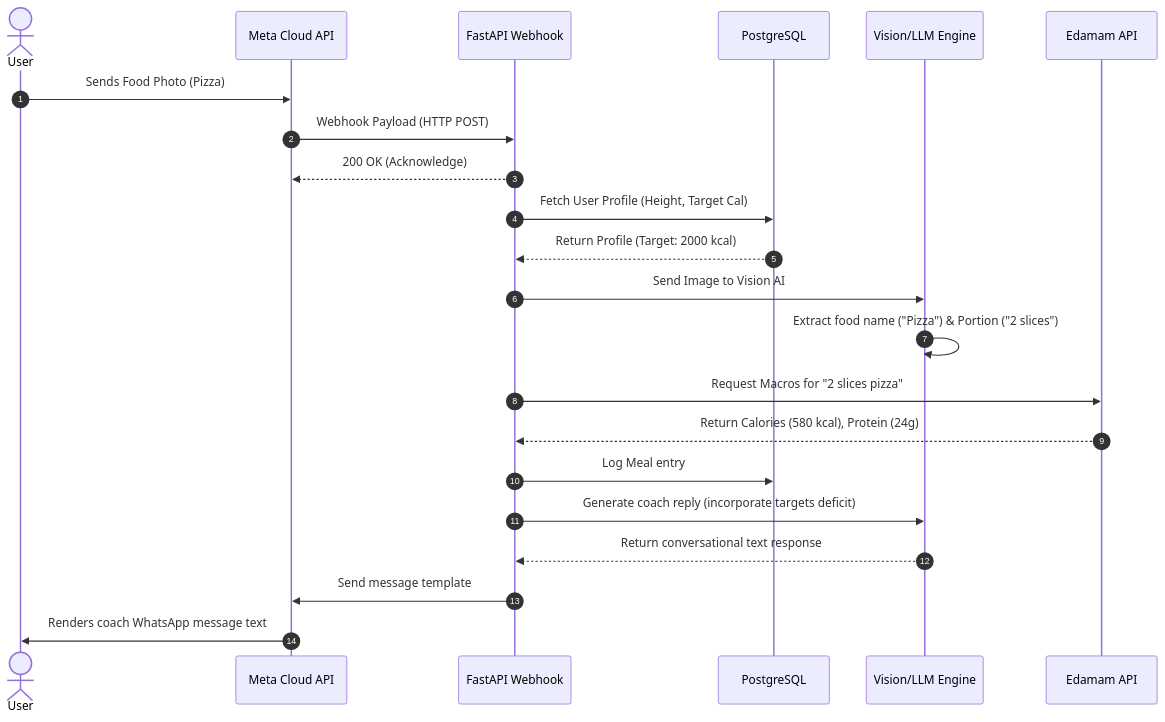
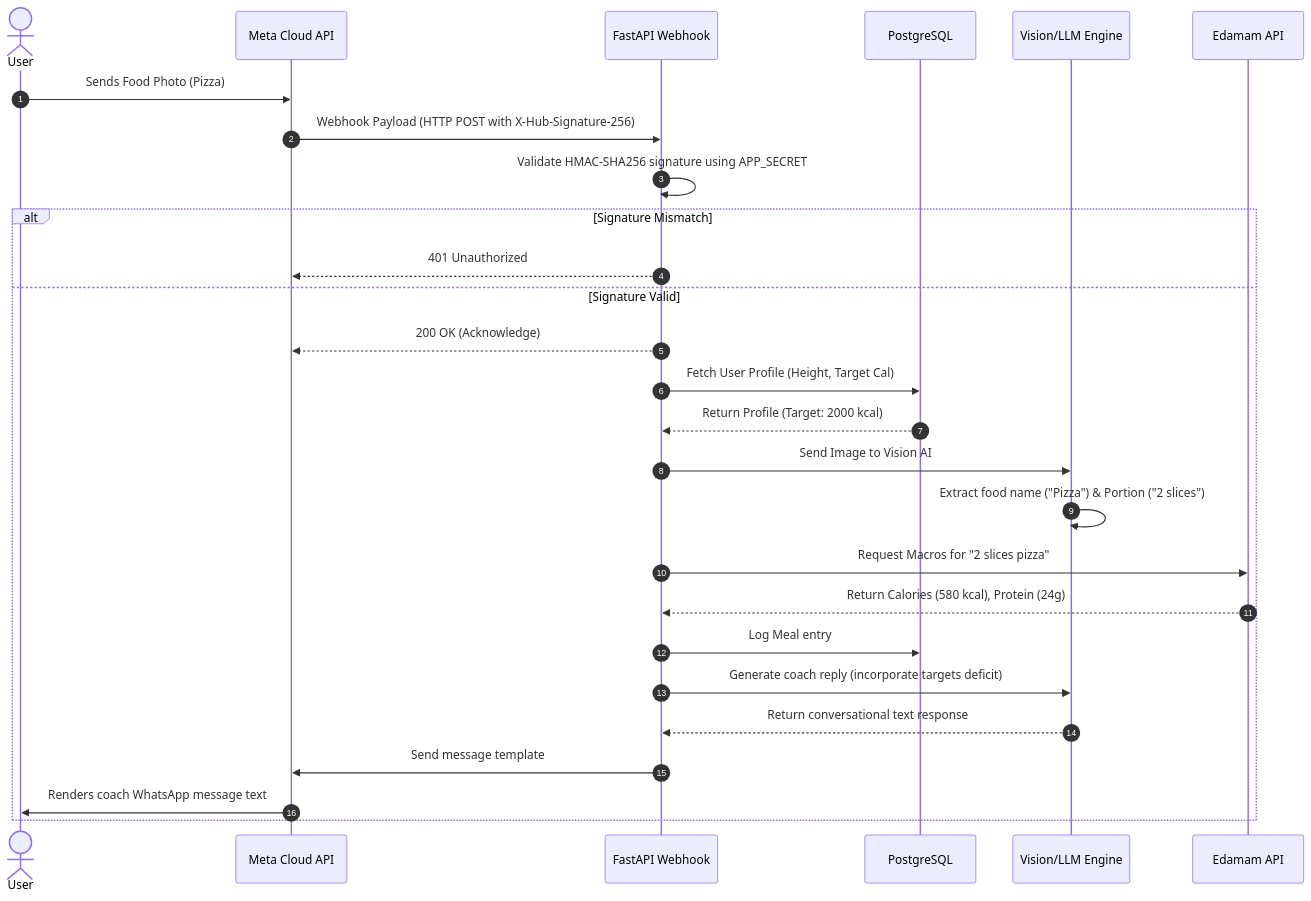
Before and after one commit to Tejas190605/NutriChat-AI: the second of 4 diagrams in ARCHITECTURE.md, drawn with Mermaid. The commit also changed other lines of this file and 8 other files, not shown here.

````diff
--- a/ARCHITECTURE.md
+++ b/ARCHITECTURE.md
@@ -43,25 +44,30 @@
 ```mermaid
 sequenceDiagram
     autonumber
     actor User
     participant Meta as Meta Cloud API
     participant Webhook as FastAPI Webhook
     participant DB as PostgreSQL
     participant AI as Vision/LLM Engine
     participant Nutrition as Edamam API
 
     User->>Meta: Sends Food Photo (Pizza)
-    Meta->>Webhook: Webhook Payload (HTTP POST)
-    Webhook-->>Meta: 200 OK (Acknowledge)
-    Webhook->>DB: Fetch User Profile (Height, Target Cal)
-    DB-->>Webhook: Return Profile (Target: 2000 kcal)
-    Webhook->>AI: Send Image to Vision AI
-    AI->>AI: Extract food name ("Pizza") & Portion ("2 slices")
-    Webhook->>Nutrition: Request Macros for "2 slices pizza"
-    Nutrition-->>Webhook: Return Calories (580 kcal), Protein (24g)
-    Webhook->>DB: Log Meal entry
-    Webhook->>AI: Generate coach reply (incorporate targets deficit)
-    AI-->>Webhook: Return conversational text response
-    Webhook->>Meta: Send message template
-    Meta->>User: Renders coach WhatsApp message text
+    Meta->>Webhook: Webhook Payload (HTTP POST with X-Hub-Signature-256)
+    Webhook->>Webhook: Validate HMAC-SHA256 signature using APP_SECRET
+    alt Signature Mismatch
+        Webhook-->>Meta: 401 Unauthorized
+    else Signature Valid
+        Webhook-->>Meta: 200 OK (Acknowledge)
+        Webhook->>DB: Fetch User Profile (Height, Target Cal)
+        DB-->>Webhook: Return Profile (Target: 2000 kcal)
+        Webhook->>AI: Send Image to Vision AI
+        AI->>AI: Extract food name ("Pizza") & Portion ("2 slices")
+        Webhook->>Nutrition: Request Macros for "2 slices pizza"
+        Nutrition-->>Webhook: Return Calories (580 kcal), Protein (24g)
+        Webhook->>DB: Log Meal entry
+        Webhook->>AI: Generate coach reply (incorporate targets deficit)
+        AI-->>Webhook: Return conversational text response
+        Webhook->>Meta: Send message template
+        Meta->>User: Renders coach WhatsApp message text
+    end
 ```
````
